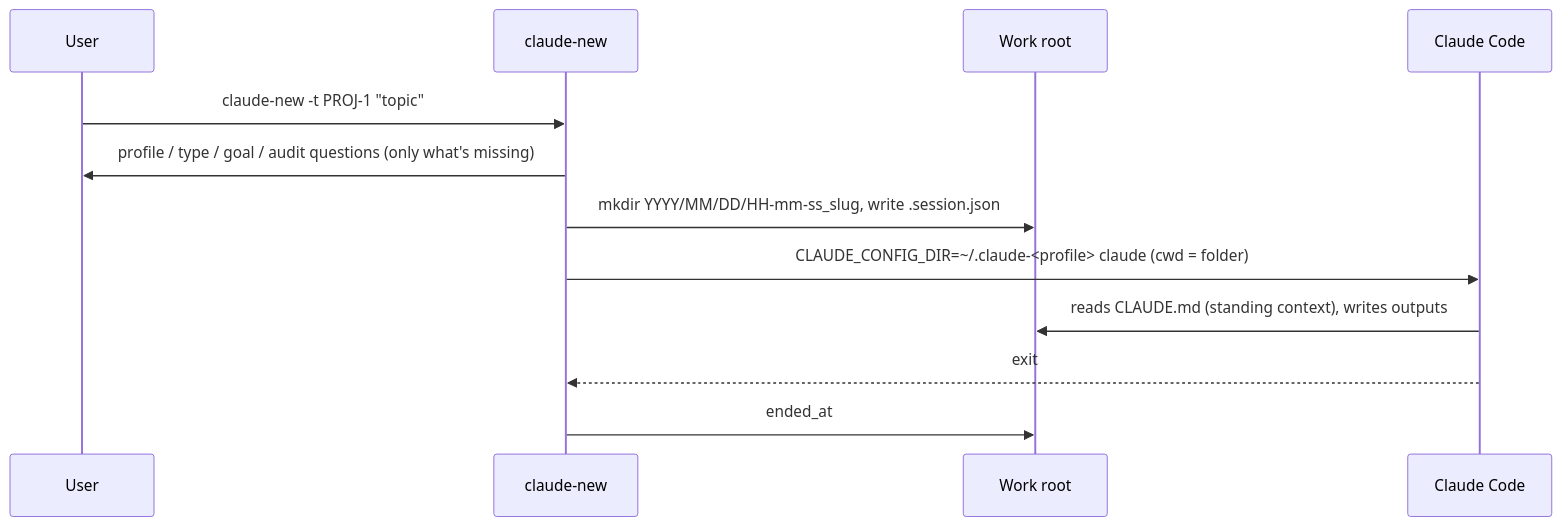
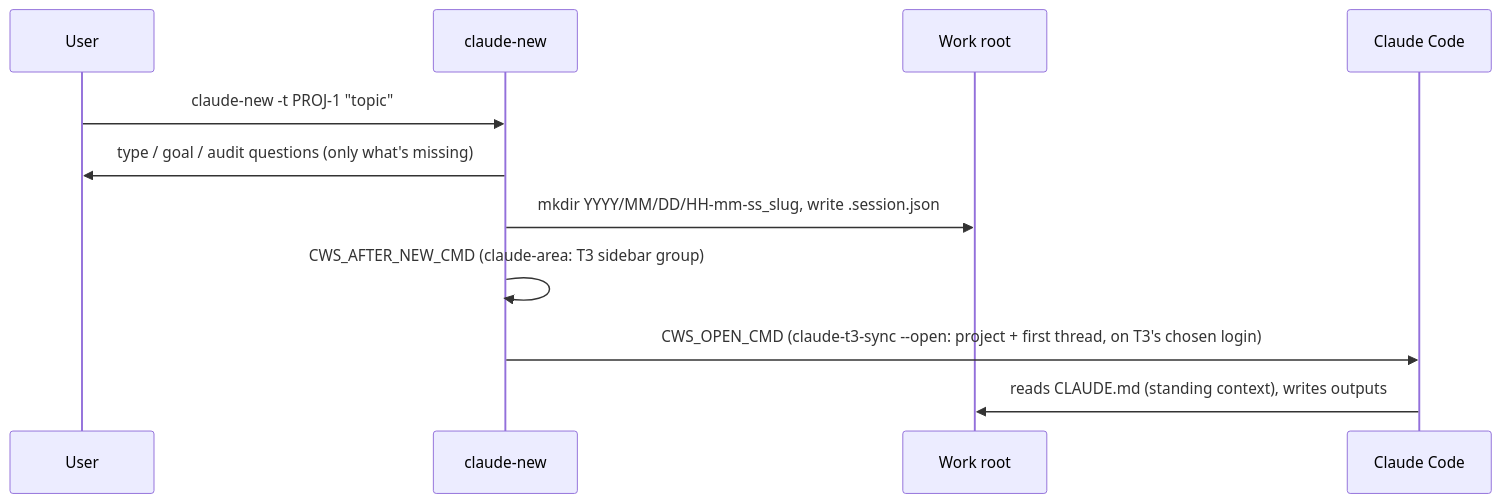
One commit to jviegas6/claude-worksessions changed the third of 4 diagrams in docs/hld.md. Above: the diagram before and after it, drawn with Mermaid. The commit also changed other lines of this file and 40 other files, not shown here.

First line of the commit message:
3.1.0: no profiles; opening a request is one config line (CWS_OPEN_CMD)

````diff
--- a/docs/hld.md
+++ b/docs/hld.md
@@ -167,14 +167,13 @@
 ```mermaid
 sequenceDiagram
   participant U as User
   participant N as claude-new
   participant F as Work root
   participant C as Claude Code
   U->>N: claude-new -t PROJ-1 "topic"
-  N->>U: profile / type / goal / audit questions (only what's missing)
+  N->>U: type / goal / audit questions (only what's missing)
   N->>F: mkdir YYYY/MM/DD/HH-mm-ss_slug, write .session.json
-  N->>C: CLAUDE_CONFIG_DIR=~/.claude-<profile> claude (cwd = folder)
+  N->>N: CWS_AFTER_NEW_CMD (claude-area: T3 sidebar group)
+  N->>C: CWS_OPEN_CMD (claude-t3-sync --open: project + first thread, on T3's chosen login)
   C->>F: reads CLAUDE.md (standing context), writes outputs
-  C-->>N: exit
-  N->>F: ended_at
 ```
````
